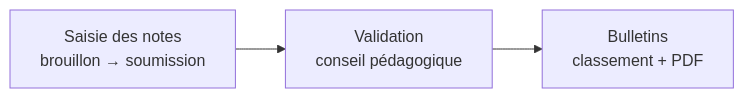
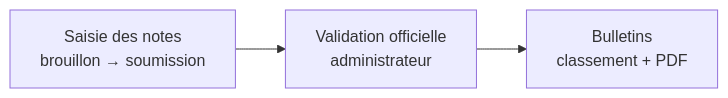
The diagram in README.md (fordimalanda/kotaschool-frontend), drawn with Mermaid before and after one commit. The commit also changed other lines of this file and 7 other files, not shown here.

````diff
--- a/README.md
+++ b/README.md
@@ -86,5 +88,5 @@
 ```mermaid
 flowchart LR
-    Enseignant[Saisie des notes<br/>brouillon → soumission] --> Conseil[Validation<br/>conseil pédagogique]
-    Conseil --> Admin[Bulletins<br/>classement + PDF]
+    Enseignant[Saisie des notes<br/>brouillon → soumission] --> Admin[Validation officielle<br/>administrateur]
+    Admin --> Bulletins[Bulletins<br/>classement + PDF]
 ```
````
